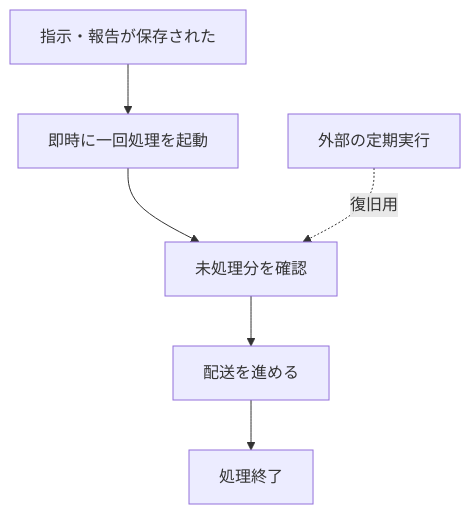
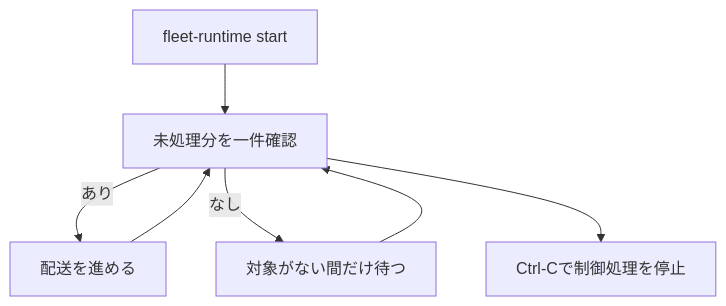
One commit to nakamori-naoya/agent-fleet-plugins changed the eighth of 9 diagrams in docs/2026-08-31-エージェント艦隊-連携と全体制御.md. Above: the diagram before and after it, drawn with Mermaid. The commit also changed other lines of this file and 39 other files, not shown here.

````diff
--- a/docs/2026-08-31-エージェント艦隊-連携と全体制御.md
+++ b/docs/2026-08-31-エージェント艦隊-連携と全体制御.md
@@ -198,11 +305,12 @@
 ```mermaid
 flowchart TD
-    E[指示・報告が保存された]
-    I[即時に一回処理を起動]
-    P[未処理分を確認]
+    S[fleet-runtime start]
+    P[未処理分を一件確認]
     D[配送を進める]
-    X[処理終了]
-    S[外部の定期実行]
-    E --> I --> P --> D --> X
-    S -. 復旧用 .-> P
+    I[対象がない間だけ待つ]
+    X[Ctrl-Cで制御処理を停止]
+    S --> P
+    P -->|あり| D --> P
+    P -->|なし| I --> P
+    P --> X
 ```
````
